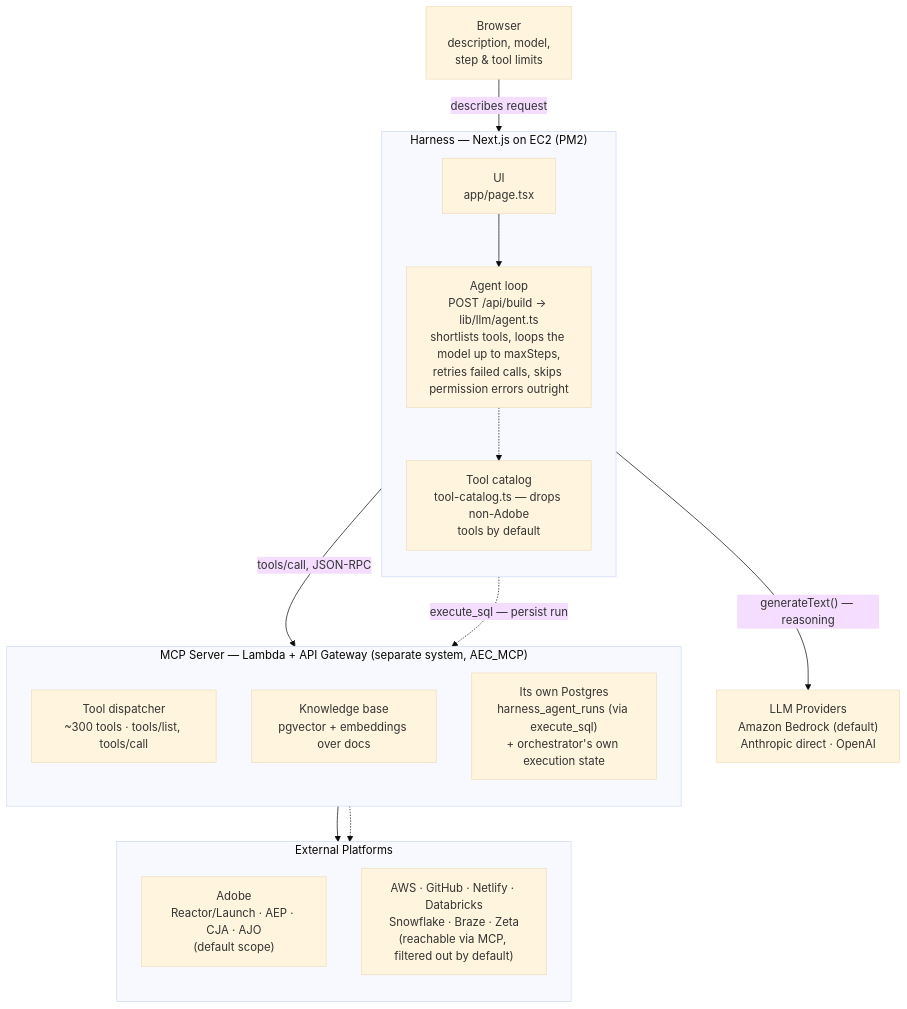
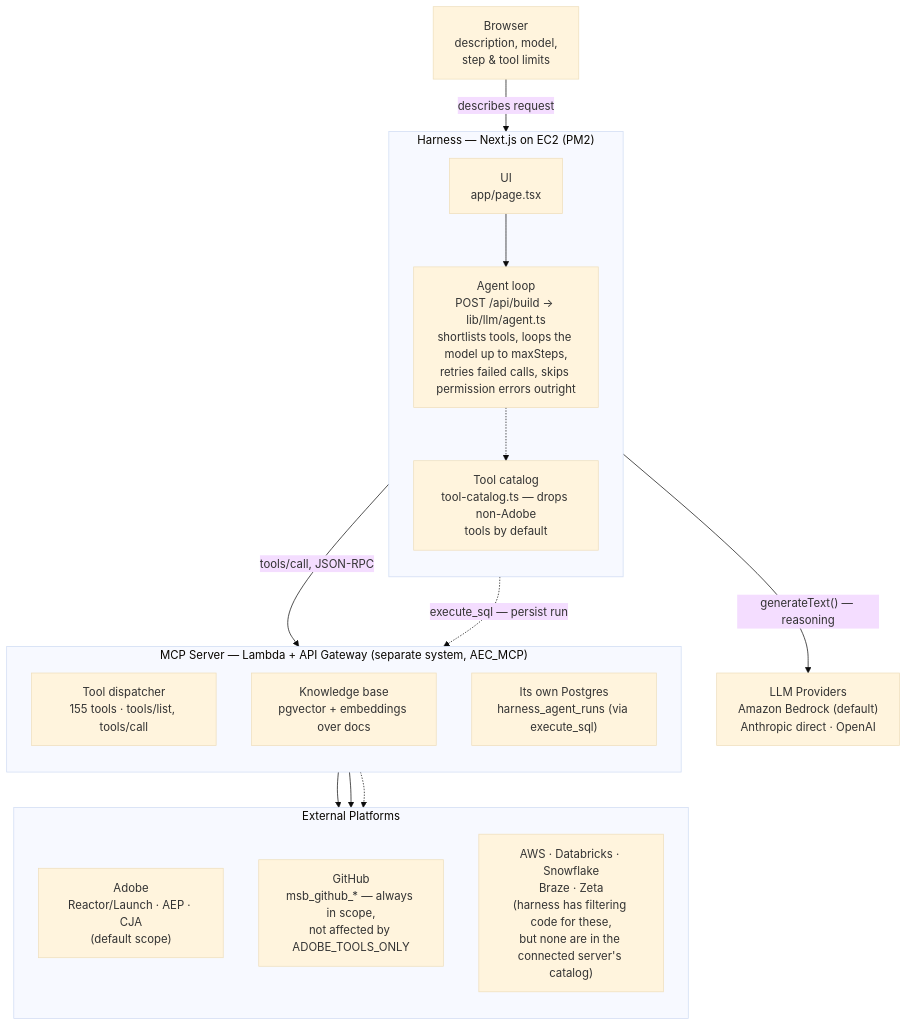
Before and after one commit to chaunceyplum/NEXT_HARNESS: the diagram in ARCHITECTURE.md, drawn with Mermaid (base theme). The commit also changed other lines of this file and 16 other files, not shown here.

````diff
--- a/ARCHITECTURE.md
+++ b/ARCHITECTURE.md
@@ -8,35 +8,37 @@
 ```mermaid
 flowchart TD
     Browser["Browser<br/>description, model,<br/>step &amp; tool limits"]
 
     subgraph Harness["Harness — Next.js on EC2 (PM2)"]
         direction TB
         UI["UI<br/>app/page.tsx"]
         Agent["Agent loop<br/>POST /api/build → lib/llm/agent.ts<br/>shortlists tools, loops the model up to maxSteps,<br/>retries failed calls, skips permission errors outright"]
         Catalog["Tool catalog<br/>tool-catalog.ts — drops non-Adobe<br/>tools by default"]
         UI --> Agent
         Agent -.-> Catalog
     end
 
     LLM["LLM Providers<br/>Amazon Bedrock (default)<br/>Anthropic direct · OpenAI"]
 
     subgraph MCP["MCP Server — Lambda + API Gateway (separate system, AEC_MCP)"]
         direction TB
-        Dispatcher["Tool dispatcher<br/>~300 tools · tools/list, tools/call"]
+        Dispatcher["Tool dispatcher<br/>155 tools · tools/list, tools/call"]
         KB["Knowledge base<br/>pgvector + embeddings over docs"]
-        DB["Its own Postgres<br/>harness_agent_runs (via execute_sql)<br/>+ orchestrator's own execution state"]
+        DB["Its own Postgres<br/>harness_agent_runs (via execute_sql)"]
     end
 
     subgraph External["External Platforms"]
         direction TB
-        Adobe["Adobe<br/>Reactor/Launch · AEP · CJA · AJO<br/>(default scope)"]
-        Rest["AWS · GitHub · Netlify · Databricks<br/>Snowflake · Braze · Zeta<br/>(reachable via MCP, filtered out by default)"]
+        Adobe["Adobe<br/>Reactor/Launch · AEP · CJA<br/>(default scope)"]
+        GitHub["GitHub<br/>msb_github_* — always in scope,<br/>not affected by ADOBE_TOOLS_ONLY"]
+        Rest["AWS · Databricks · Snowflake<br/>Braze · Zeta<br/>(harness has filtering code for these,<br/>but none are in the connected server's catalog)"]
     end
 
     Browser -->|describes request| UI
     Agent -->|"generateText() — reasoning"| LLM
     Agent -->|tools/call, JSON-RPC| Dispatcher
     Agent -.->|execute_sql — persist run| DB
     Dispatcher --> Adobe
+    Dispatcher --> GitHub
     Dispatcher -.-> Rest
 ```
````
